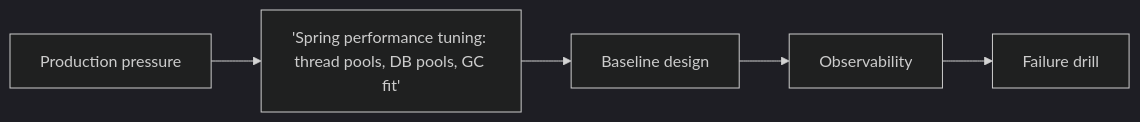
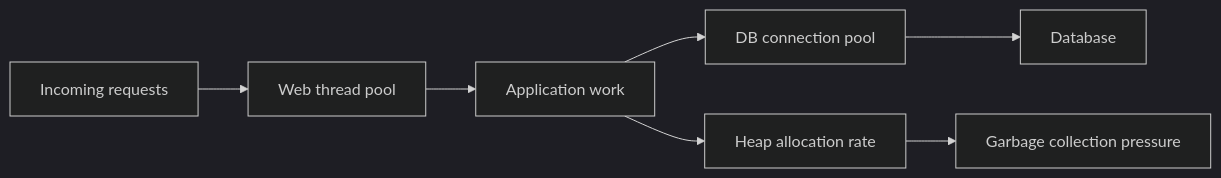
Before and after one commit to sandeepbhardwaj/sandeepbhardwaj.github.io: the diagram in _posts/2026-07-10-spring-performance-threadpool-dbpool-gc-part-1.md, drawn with Mermaid (dark theme). The commit also changed other lines of this file and 113 other files, not shown here.

````diff
--- a/_posts/2026-07-10-spring-performance-threadpool-dbpool-gc-part-1.md
+++ b/_posts/2026-07-10-spring-performance-threadpool-dbpool-gc-part-1.md
@@ -57,7 +36,9 @@
 ```mermaid
 flowchart LR
-    A[Production pressure] --> B['Spring performance tuning: thread pools, DB pools, GC fit']
-    B --> C[Baseline design]
-    C --> D[Observability]
-    D --> E[Failure drill]
+    A[Incoming requests] --> B[Web thread pool]
+    B --> C[Application work]
+    C --> D[DB connection pool]
+    D --> E[Database]
+    C --> F[Heap allocation rate]
+    F --> G[Garbage collection pressure]
 ```
````
